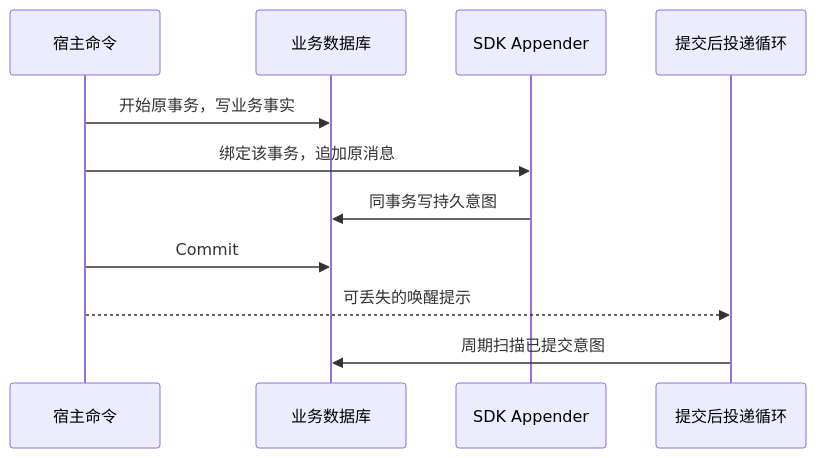
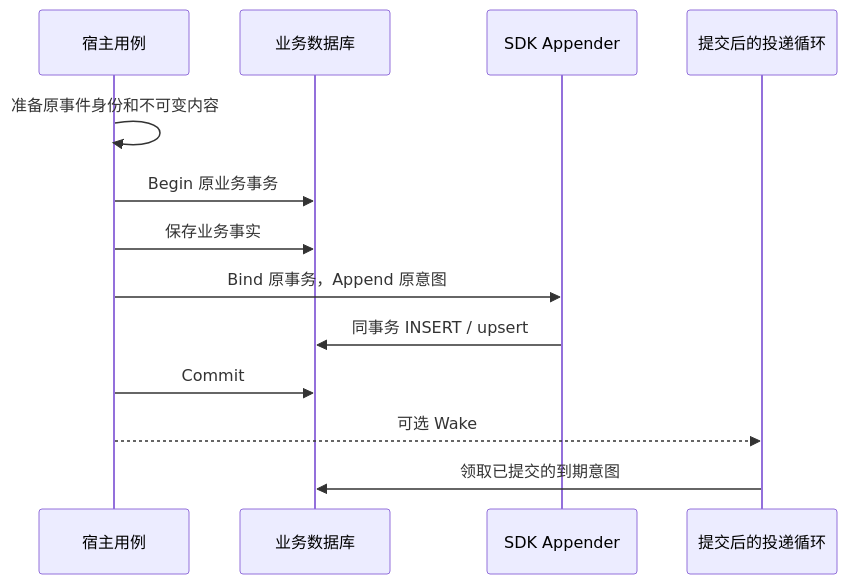
One commit to FangcunMount/reliable-messaging changed the first of 3 diagrams in docs/01-核心设计/事务与Outbox.md. Above: the diagram before and after it, drawn with Mermaid. The commit also changed other lines of this file, not shown here.

````diff
--- a/docs/01-核心设计/事务与Outbox.md
+++ b/docs/01-核心设计/事务与Outbox.md
@@ -9,13 +11,15 @@
 ```mermaid
 sequenceDiagram
-  participant Host as 宿主命令
+  participant UseCase as 宿主用例
   participant DB as 业务数据库
   participant Appender as SDK Appender
-  participant Relay as 提交后投递循环
-  Host->>DB: 开始原事务，写业务事实
-  Host->>Appender: 绑定该事务，追加原消息
-  Appender->>DB: 同事务写持久意图
-  Host->>DB: Commit
-  Host-->>Relay: 可丢失的唤醒提示
-  Relay->>DB: 周期扫描已提交意图
+  participant Relay as 提交后的投递循环
+  UseCase->>UseCase: 准备原事件身份和不可变内容
+  UseCase->>DB: Begin 原业务事务
+  UseCase->>DB: 保存业务事实
+  UseCase->>Appender: Bind 原事务，Append 原意图
+  Appender->>DB: 同事务 INSERT / upsert
+  UseCase->>DB: Commit
+  UseCase-->>Relay: 可选 Wake
+  Relay->>DB: 领取已提交的到期意图
 ```
````
